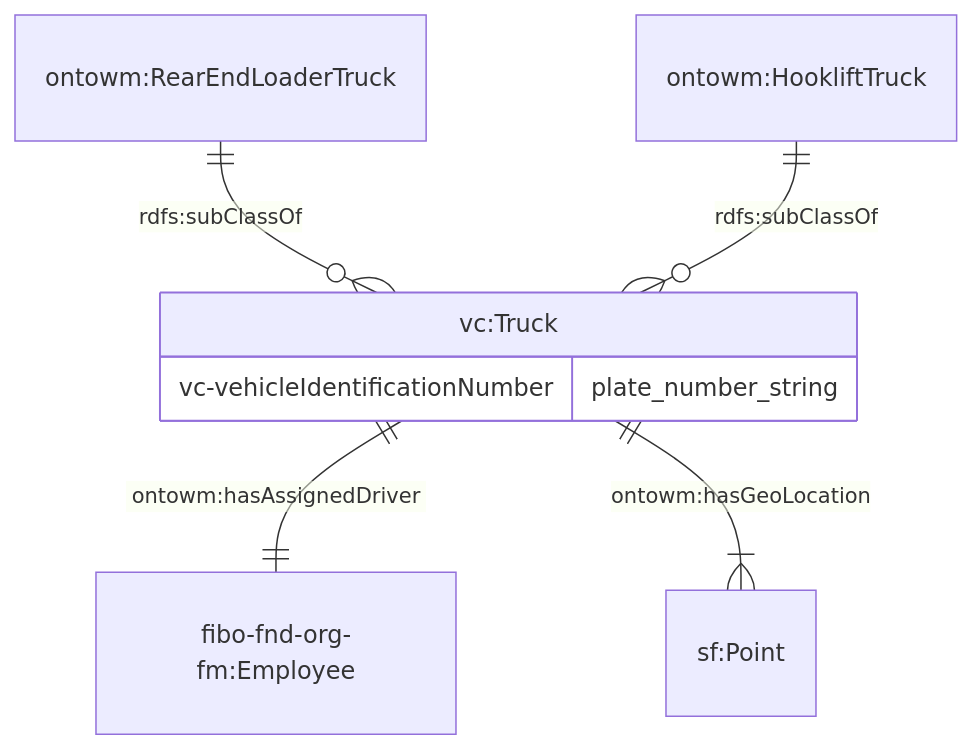
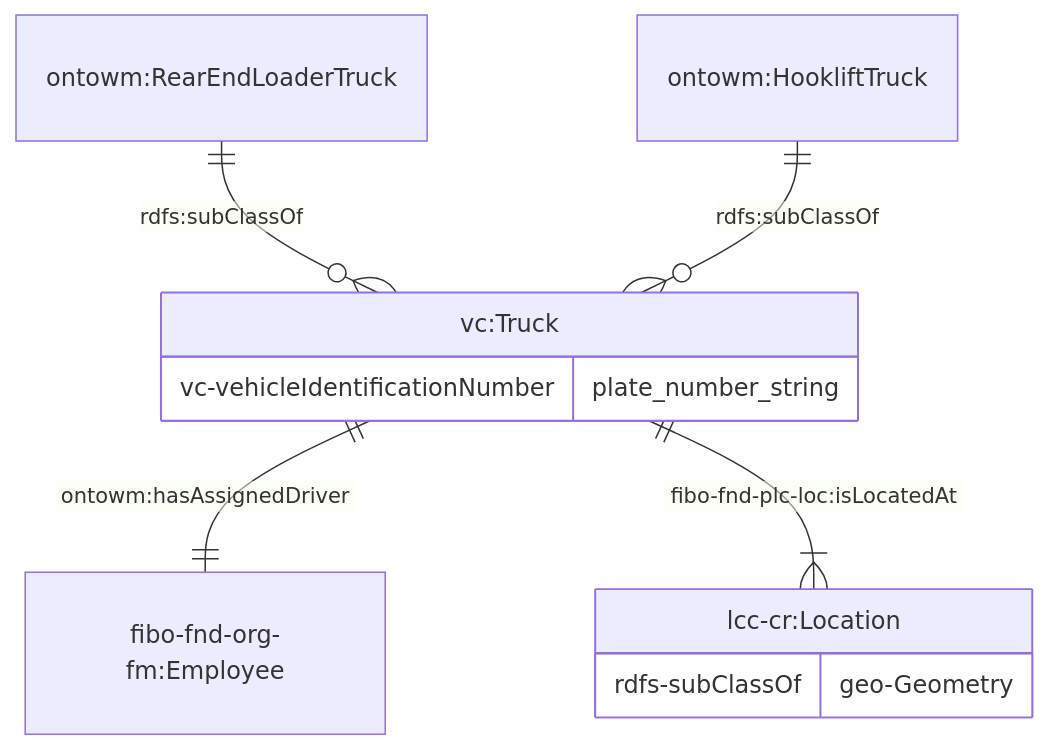
The eighth of 10 diagrams in JPS_Ontology/ontology/ontowastemanagement/README.md (cambridge-cares/TheWorldAvatar), drawn with Mermaid before and after one commit. The commit also changed other lines of this file and 3 other files, not shown here.

````diff
--- a/JPS_Ontology/ontology/ontowastemanagement/README.md
+++ b/JPS_Ontology/ontology/ontowastemanagement/README.md
@@ -304,12 +376,15 @@
 ```mermaid
     erDiagram
     "vc:Truck" ||--|| "fibo-fnd-org-fm:Employee" : "ontowm:hasAssignedDriver"
-    "vc:Truck" ||--|{ "sf:Point" : "ontowm:hasGeoLocation"
+    "vc:Truck" ||--|{ "lcc-cr:Location" : "fibo-fnd-plc-loc:isLocatedAt"
+    "lcc-cr:Location" {
+        rdfs-subClassOf geo-Geometry
+    }
 
     "vc:Truck" {
         vc-vehicleIdentificationNumber plate_number_string
     }
 
     "ontowm:RearEndLoaderTruck" ||--o{ "vc:Truck" : "rdfs:subClassOf"
     "ontowm:HookliftTruck" ||--o{ "vc:Truck" : "rdfs:subClassOf"
 ```
````
